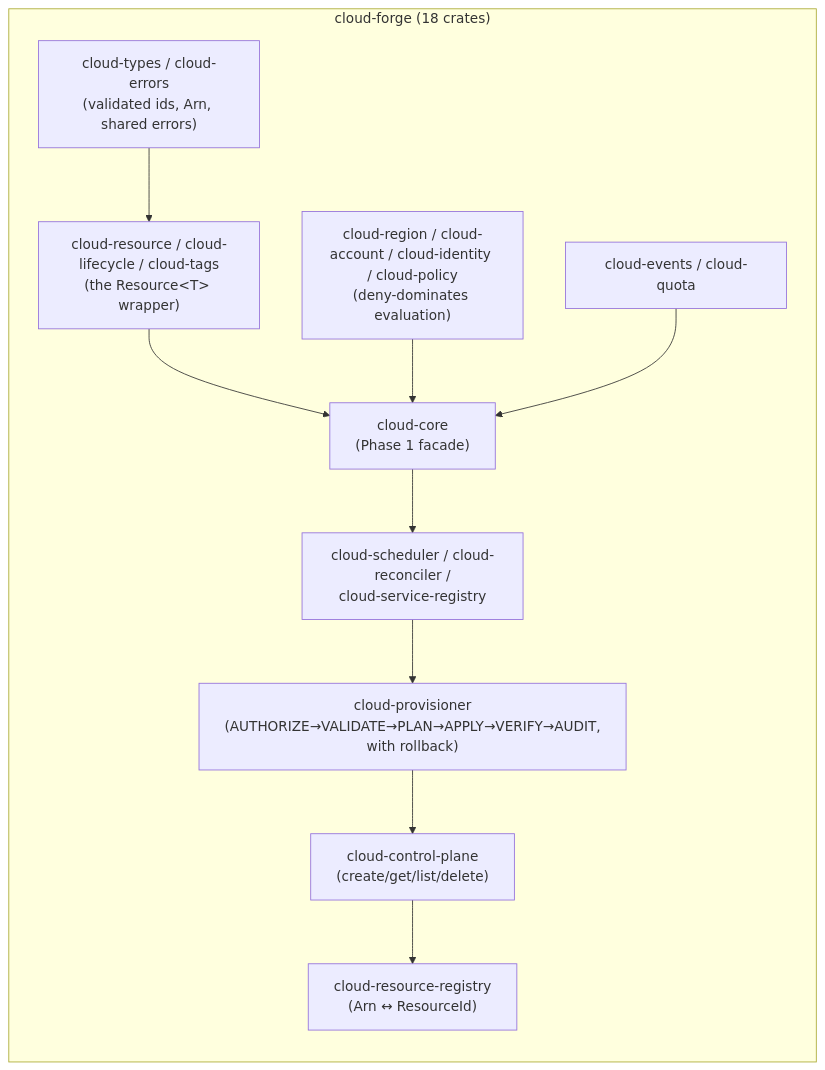
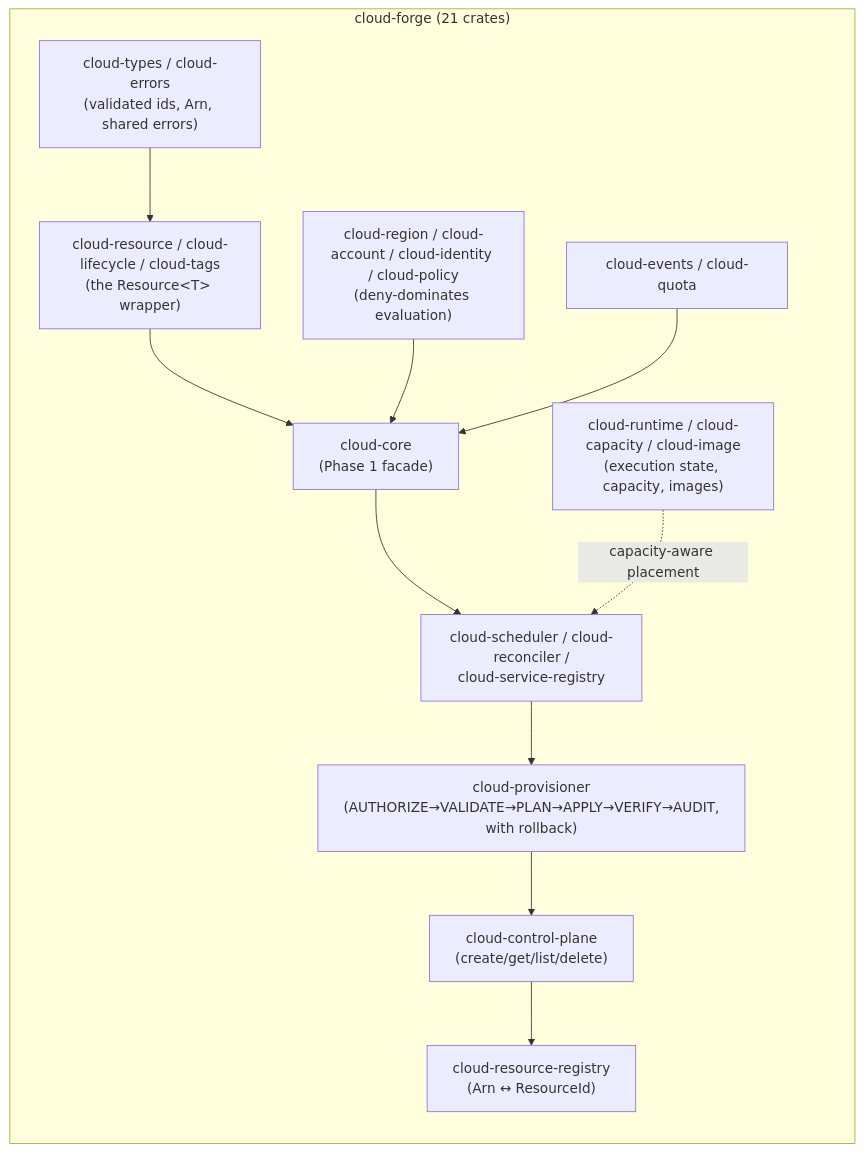
Before and after one commit to SNAPKITTYAGENT9NOVA/tlm-jxcl-forge: the fifth of 5 diagrams in README.md, drawn with Mermaid. The commit also changed other lines of this file and 11 other files, not shown here.

First line of the commit message:
cloud-forge: Phase 4, compute primitives

````diff
--- a/README.md
+++ b/README.md
@@ -400,20 +402,22 @@
 ```mermaid
 flowchart LR
-    subgraph cf["cloud-forge (18 crates)"]
+    subgraph cf["cloud-forge (21 crates)"]
         direction TB
         types["cloud-types / cloud-errors<br/>(validated ids, Arn, shared errors)"]
         model["cloud-resource / cloud-lifecycle / cloud-tags<br/>(the Resource&lt;T&gt; wrapper)"]
         access["cloud-region / cloud-account / cloud-identity / cloud-policy<br/>(deny-dominates evaluation)"]
         ops["cloud-events / cloud-quota"]
         core["cloud-core<br/>(Phase 1 facade)"]
         control["cloud-scheduler / cloud-reconciler /<br/>cloud-service-registry"]
         pipeline["cloud-provisioner<br/>(AUTHORIZE→VALIDATE→PLAN→APPLY→VERIFY→AUDIT,<br/>with rollback)"]
         plane["cloud-control-plane<br/>(create/get/list/delete)"]
         names["cloud-resource-registry<br/>(Arn ↔ ResourceId)"]
+        compute["cloud-runtime / cloud-capacity / cloud-image<br/>(execution state, capacity, images)"]
         types --> model --> core
         access --> core
         ops --> core
         core --> control --> pipeline --> plane
         plane --> names
+        compute -.capacity-aware placement.-> control
     end
 ```
````
